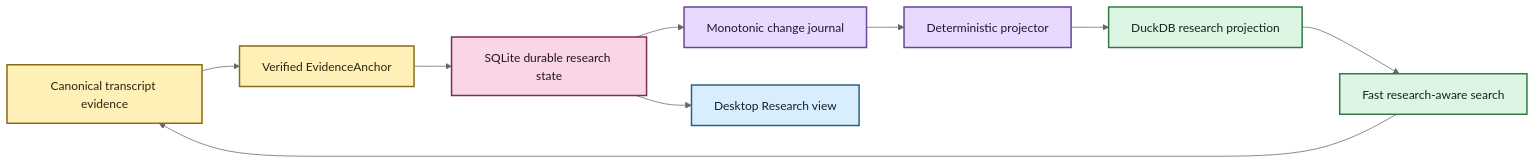
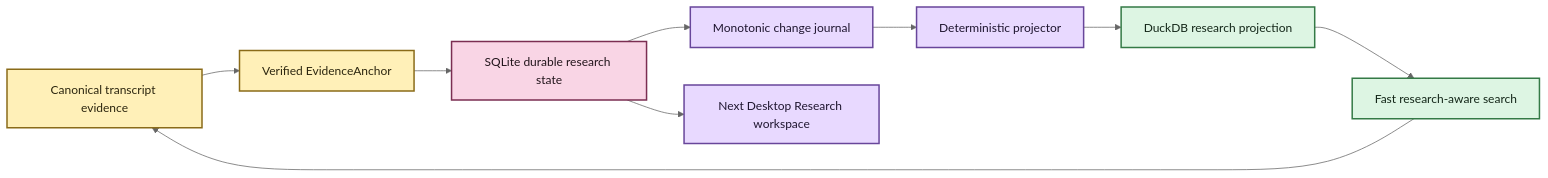
The diagram in docs/research-notes.md (SSD1805/EchoFlow), drawn with Mermaid (neutral theme) before and after one commit. The commit also changed other lines of this file, not shown here.

Commit message:
docs: align research notes with next desktop tranche

````diff
--- a/docs/research-notes.md
+++ b/docs/research-notes.md
@@ -26,23 +24,21 @@
 ```mermaid
 flowchart LR
     A[Canonical transcript evidence] --> B[Verified EvidenceAnchor]
     B --> C[SQLite durable research state]
     C --> D[Monotonic change journal]
     D --> E[Deterministic projector]
     E --> F[DuckDB research projection]
     F --> G[Fast research-aware search]
     G --> A
-    C --> H[Desktop Research view]
+    C --> H[Next Desktop Research workspace]
 
     classDef evidence fill:#FFF0B8,stroke:#8A6B18,stroke-width:2px,color:#2C260F
     classDef source fill:#F9D5E5,stroke:#7B2E52,stroke-width:2px,color:#22151B
     classDef process fill:#E8D9FF,stroke:#68469B,stroke-width:2px,color:#1F1630
     classDef view fill:#DDF5E3,stroke:#347A46,stroke-width:2px,color:#142719
-    classDef inspect fill:#D8EEFF,stroke:#2E617B,stroke-width:2px,color:#12222A
 
     class A,B evidence
     class C source
-    class D,E process
+    class D,E,H process
     class F,G view
-    class H inspect
 ```
````
